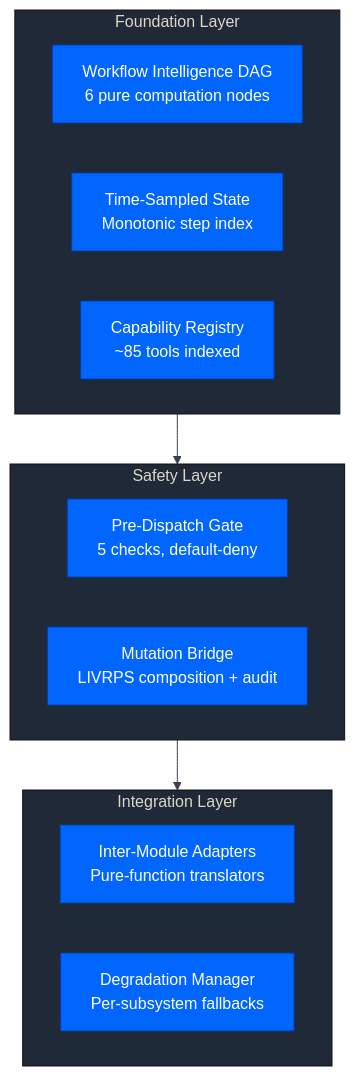
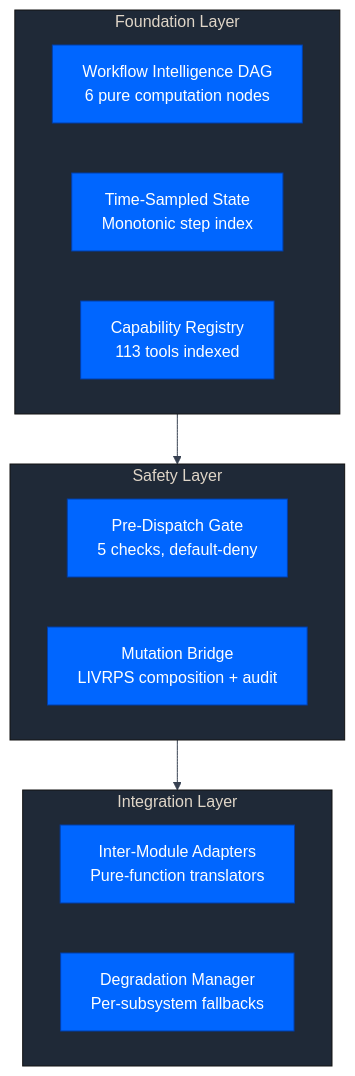
Before and after one commit to JosephOIbrahim/comfyui-agent: diagram 16 of 26 in README.md, drawn with Mermaid. The commit also changed other lines of this file and 1 other file, not shown here.

````diff
--- a/README.md
+++ b/README.md
@@ -672,21 +672,21 @@
 ```mermaid
 %%{init: {'theme':'base','themeVariables': {'primaryColor':'#0066FF','primaryTextColor':'#ffffff','primaryBorderColor':'#003eaa','lineColor':'#374151','secondaryColor':'#374151','tertiaryColor':'#1f2937','fontFamily':'monospace'}}}%%
 graph TB
     subgraph Foundation ["Foundation Layer"]
         DAG["Workflow Intelligence DAG<br/>6 pure computation nodes"]
         OBS["Time-Sampled State<br/>Monotonic step index"]
-        CAP["Capability Registry<br/>~85 tools indexed"]
+        CAP["Capability Registry<br/>113 tools indexed"]
     end
 
     subgraph Safety ["Safety Layer"]
         GATE["Pre-Dispatch Gate<br/>5 checks, default-deny"]
         BRIDGE["Mutation Bridge<br/>LIVRPS composition + audit"]
     end
 
     subgraph Integration ["Integration Layer"]
         ADAPT["Inter-Module Adapters<br/>Pure-function translators"]
         DEGRADE["Degradation Manager<br/>Per-subsystem fallbacks"]
     end
 
     Foundation --> Safety --> Integration
 ```
````
